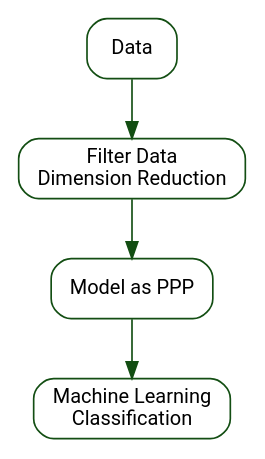
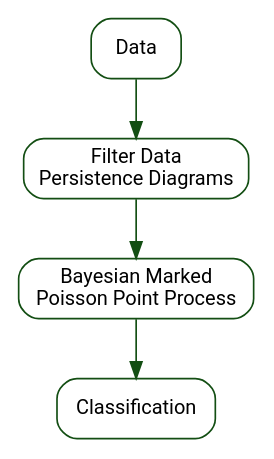
The diagram in DataDrivenTDAPresentation.qmd (TheoAnim/TDA-Project), drawn with Graphviz before and after one commit. The commit also changed other lines of this file and 44 other files, not shown here.

````diff
--- a/DataDrivenTDAPresentation.qmd
+++ b/DataDrivenTDAPresentation.qmd
@@ -501,21 +536,21 @@
 ```{dot}
 //| fig-align: center
 //| fig-width: 10
 
 digraph flowchart {
   graph [fontname="Roboto", ratio="compress"];
   node [shape=box, style=rounded, fillcolor="#fefefe", fontname="Roboto", fontsize="12", color="#134e13"];
   
   edge [color="#134e13"];
 
   A [label="Data"];
   // Added a line break (\n) to the long label
-  B [label="Filter Data\n Dimension Reduction "];
-  C [label=" Model as PPP "];
-  D [label=" Machine Learning \nClassification"];
+  B [label="Filter Data \n Persistence Diagrams"];
+  C [label=" Bayesian Marked\n Poisson Point Process "];
+  D [label=" Classification "];
 
   A -> B;
   B -> C;
   C -> D;
 }
 ```
````
